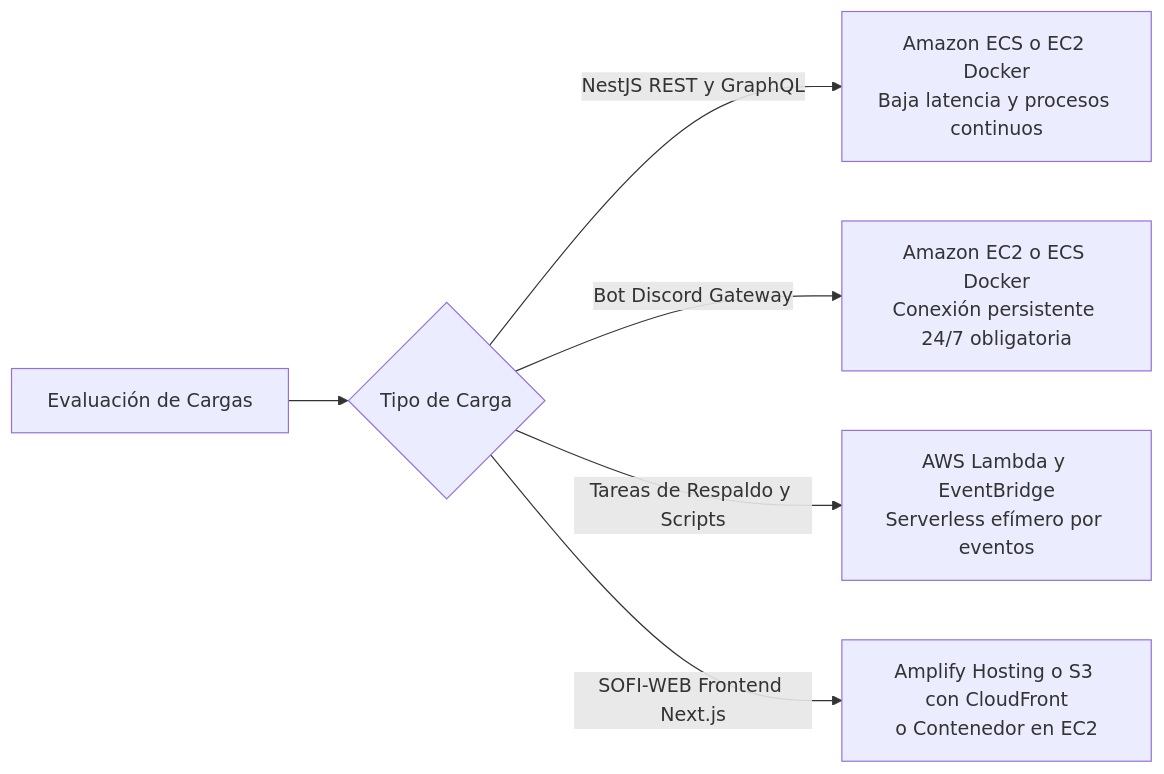
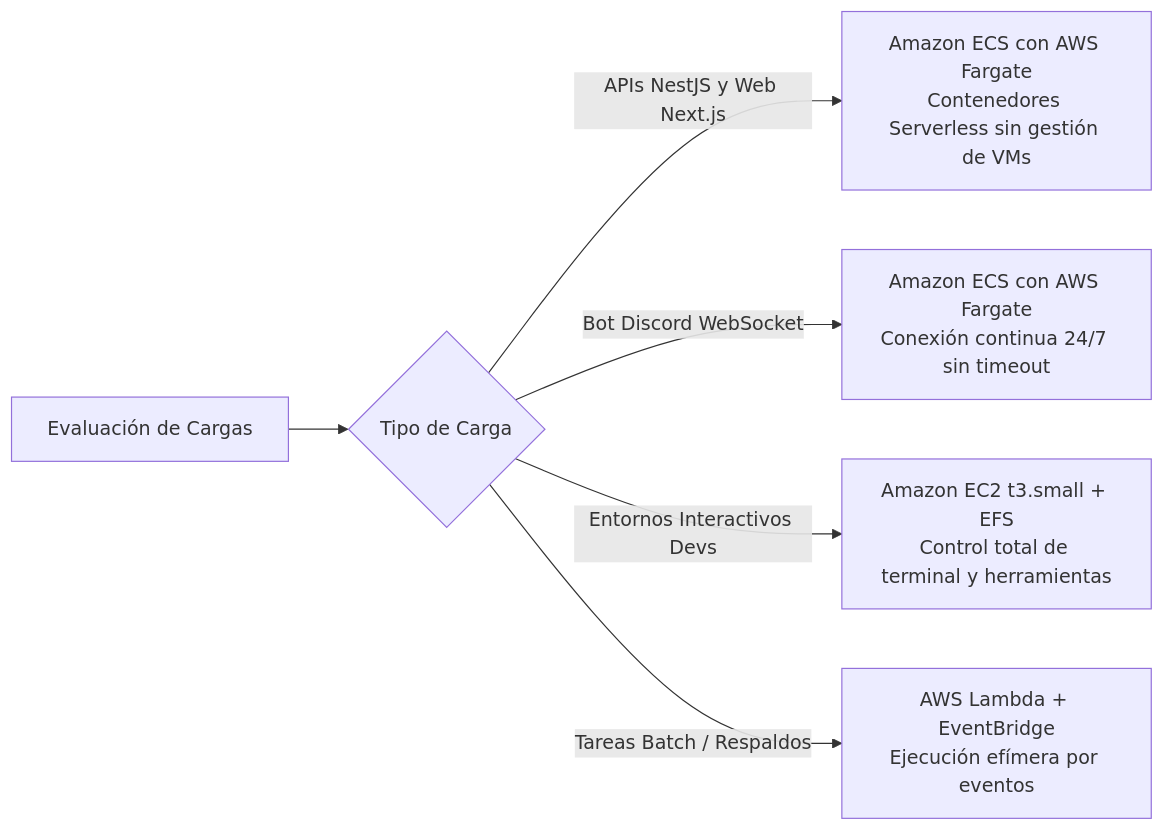
Before and after one commit to La-hermandad-del-codigo/presentacion-aws: the second of 6 diagrams in docs/fase-2/entregable2_servicios_core_almacenamiento_y_bases_de_datos.md, drawn with Mermaid. The commit also changed other lines of this file and 14 other files, not shown here.

````diff
--- a/docs/fase-2/entregable2_servicios_core_almacenamiento_y_bases_de_datos.md
+++ b/docs/fase-2/entregable2_servicios_core_almacenamiento_y_bases_de_datos.md
@@ -81,8 +82,8 @@
 ```mermaid
 flowchart LR
     A["Evaluación de Cargas"] --> B{"Tipo de Carga"}
-    B -->|"NestJS REST y GraphQL"| C["Amazon ECS o EC2 Docker<br/>Baja latencia y procesos continuos"]
-    B -->|"Bot Discord Gateway"| D["Amazon EC2 o ECS Docker<br/>Conexión persistente 24/7 obligatoria"]
-    B -->|"Tareas de Respaldo y Scripts"| E["AWS Lambda y EventBridge<br/>Serverless efímero por eventos"]
-    B -->|"SOFI-WEB Frontend Next.js"| F["Amplify Hosting o S3 con CloudFront<br/>o Contenedor en EC2"]
+    B -->|"APIs NestJS y Web Next.js"| C["Amazon ECS con AWS Fargate<br/>Contenedores Serverless sin gestión de VMs"]
+    B -->|"Bot Discord WebSocket"| D["Amazon ECS con AWS Fargate<br/>Conexión continua 24/7 sin timeout"]
+    B -->|"Entornos Interactivos Devs"| E["Amazon EC2 t3.small + EFS<br/>Control total de terminal y herramientas"]
+    B -->|"Tareas Batch / Respaldos"| F["AWS Lambda + EventBridge<br/>Ejecución efímera por eventos"]
 ```
````
